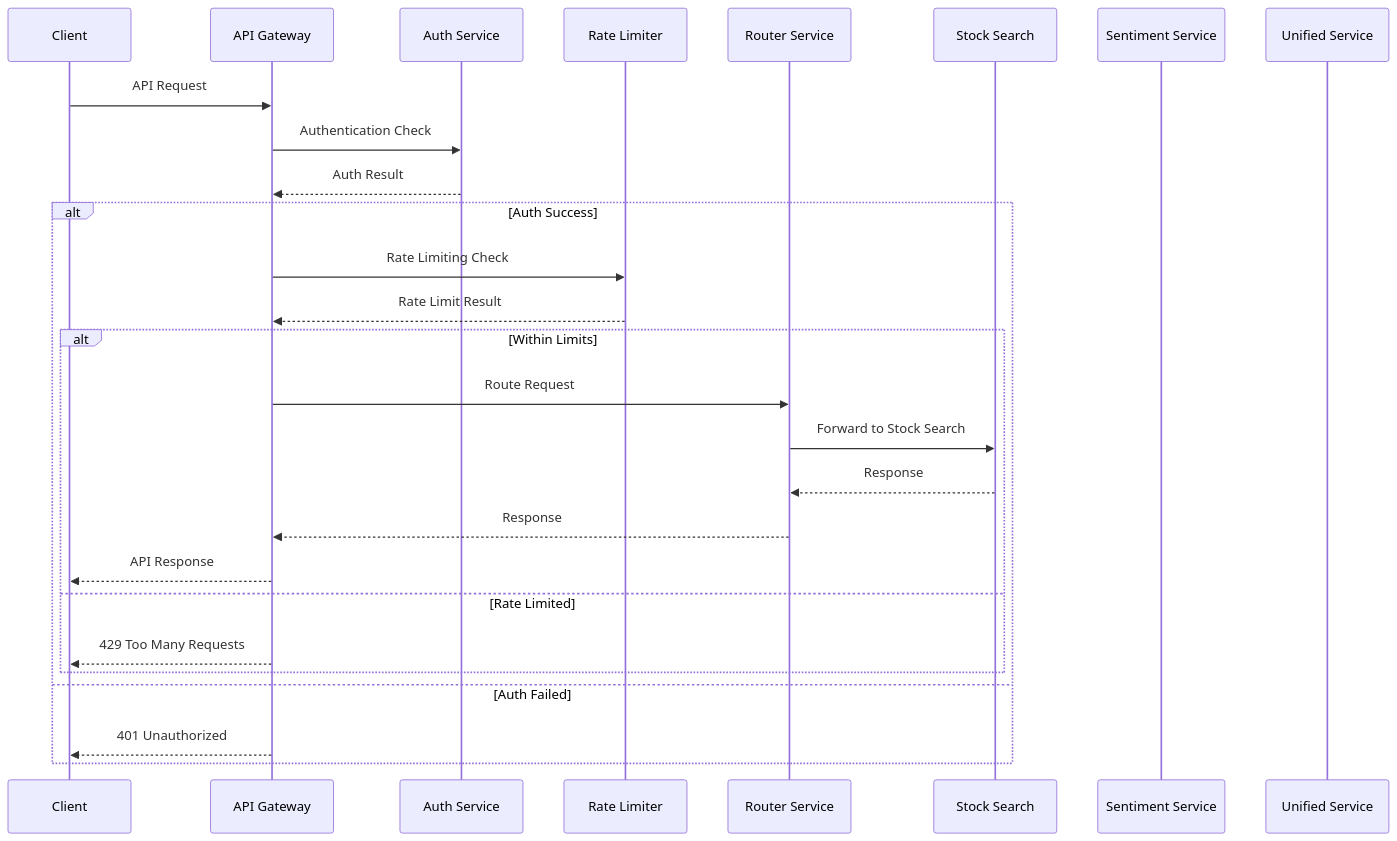
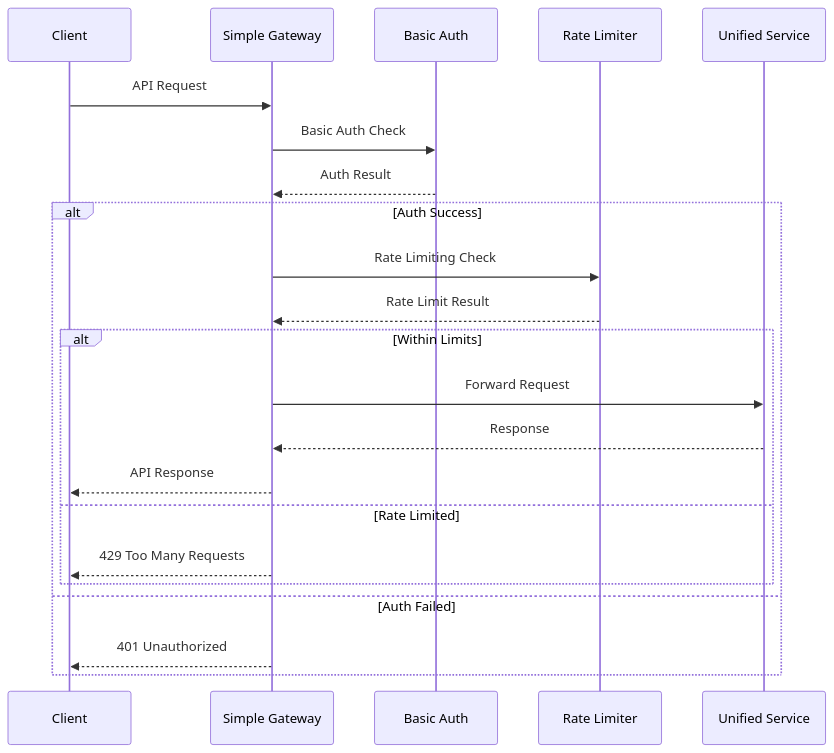
One commit to ftfuture/InsiteChart changed the second of 2 diagrams in docs/spec/12-api-gateway-routing.md. Above: the diagram before and after it, drawn with Mermaid. The commit also changed other lines of this file and 316 other files, not shown here.

````diff
--- a/docs/spec/12-api-gateway-routing.md
+++ b/docs/spec/12-api-gateway-routing.md
@@ -58,32 +50,27 @@
 ```mermaid
 sequenceDiagram
     participant C as Client
-    participant AG as API Gateway
-    participant AU as Auth Service
+    participant SG as Simple Gateway
+    participant BA as Basic Auth
     participant RL as Rate Limiter
-    participant RS as Router Service
-    participant SS as Stock Search
-    participant ST as Sentiment Service
     participant US as Unified Service
     
-    C->>AG: API Request
-    AG->>AU: Authentication Check
-    AU-->>AG: Auth Result
+    C->>SG: API Request
+    SG->>BA: Basic Auth Check
+    BA-->>SG: Auth Result
     
     alt Auth Success
-        AG->>RL: Rate Limiting Check
-        RL-->>AG: Rate Limit Result
+        SG->>RL: Rate Limiting Check
+        RL-->>SG: Rate Limit Result
         
         alt Within Limits
-            AG->>RS: Route Request
-            RS->>SS: Forward to Stock Search
-            SS-->>RS: Response
-            RS-->>AG: Response
-            AG-->>C: API Response
+            SG->>US: Forward Request
+            US-->>SG: Response
+            SG-->>C: API Response
         else Rate Limited
-            AG-->>C: 429 Too Many Requests
+            SG-->>C: 429 Too Many Requests
         end
     else Auth Failed
-        AG-->>C: 401 Unauthorized
+        SG-->>C: 401 Unauthorized
     end
 ```
````
